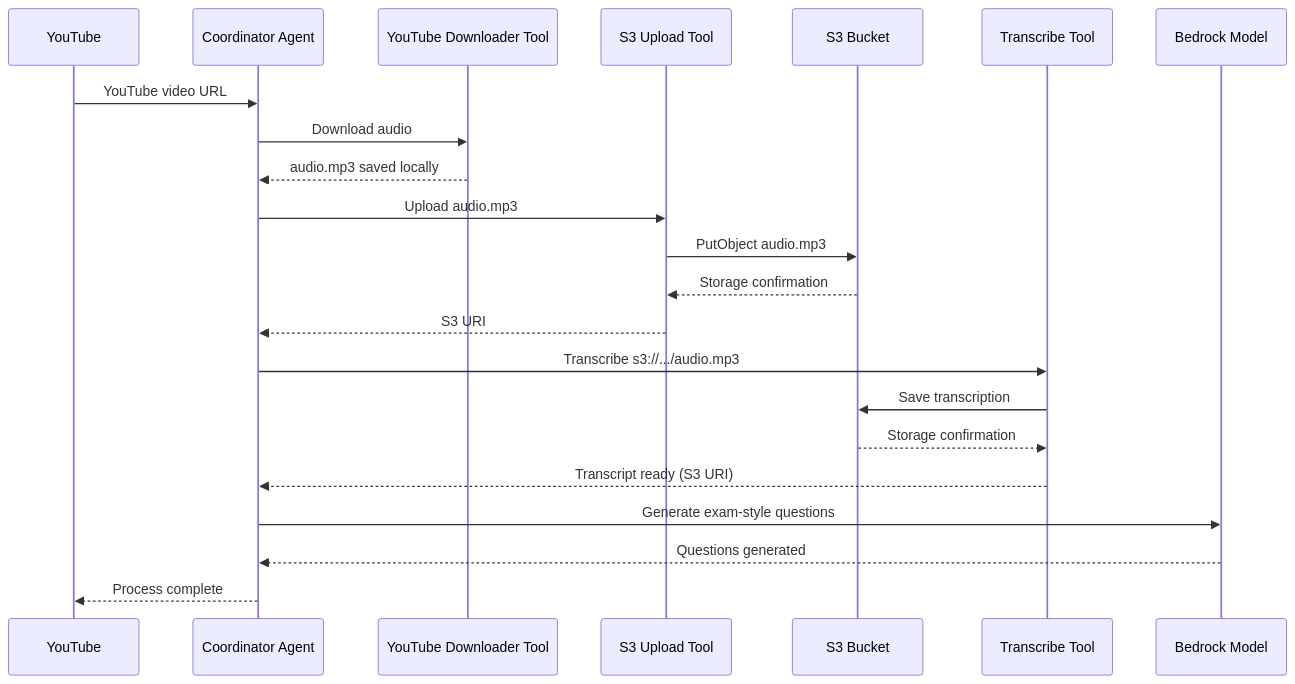
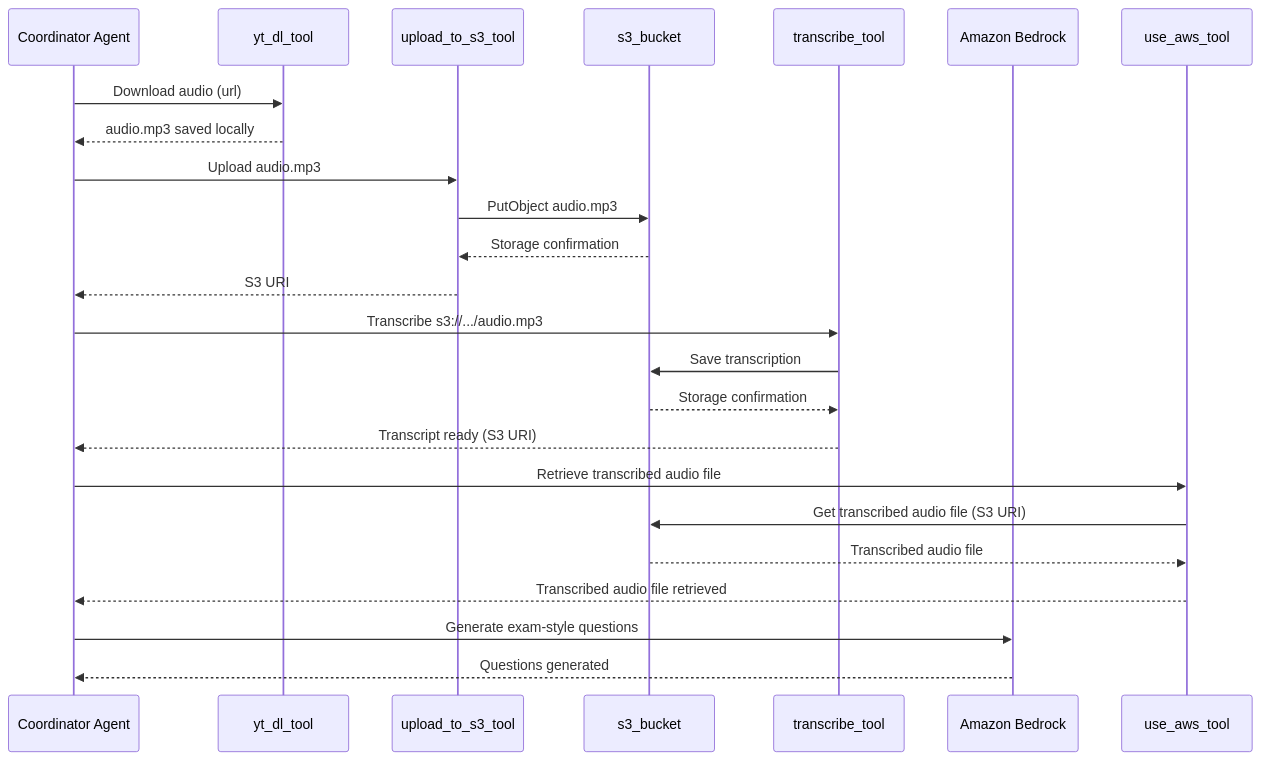
The second of 2 diagrams in README.md (hofstede-matheus/aws-workshop-ai-agents), drawn with Mermaid before and after one commit. The commit also changed other lines of this file and 2 other files, not shown here.

Commit message:
docs: enhance README with detailed agent roles, permissions setup, and updated flow diagrams for better clarity

````diff
--- a/README.md
+++ b/README.md
@@ -190,30 +323,31 @@
 ```mermaid
 sequenceDiagram
-    participant YT as YouTube
     participant C as Coordinator Agent
-    participant YDL as YouTube Downloader Tool
-    participant S3U as S3 Upload Tool
-    participant S3 as S3 Bucket
-    participant TR as Transcribe Tool
-    participant BR as Bedrock Model
+    participant YDL as yt_dl_tool
+    participant S3U as upload_to_s3_tool
+    participant S3 as s3_bucket
+    participant TR as transcribe_tool
+    participant BR as Amazon Bedrock
+    participant UAW as use_aws_tool
 
-    YT->>C: YouTube video URL
-
-    C->>YDL: Download audio
+    C->>YDL: Download audio (url)
     YDL-->>C: audio.mp3 saved locally
 
     C->>S3U: Upload audio.mp3
     S3U->>S3: PutObject audio.mp3
     S3-->>S3U: Storage confirmation
     S3U-->>C: S3 URI
 
     C->>TR: Transcribe s3://.../audio.mp3
     TR->>S3: Save transcription
     S3-->>TR: Storage confirmation
     TR-->>C: Transcript ready (S3 URI)
 
+    C->>UAW: Retrieve transcribed audio file
+    UAW->>S3: Get transcribed audio file (S3 URI)
+    S3-->>UAW: Transcribed audio file
+    UAW-->>C: Transcribed audio file retrieved
+
     C->>BR: Generate exam-style questions
     BR-->>C: Questions generated
-
-    C-->>YT: Process complete
 ```
````
